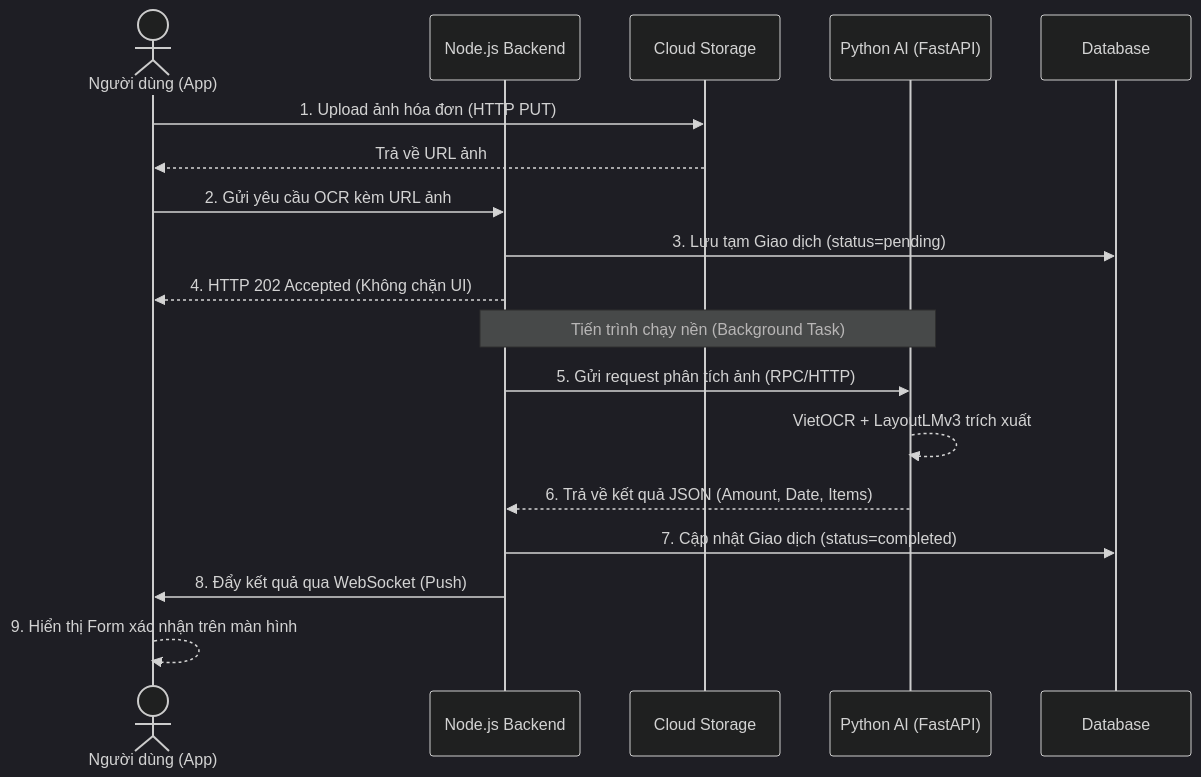
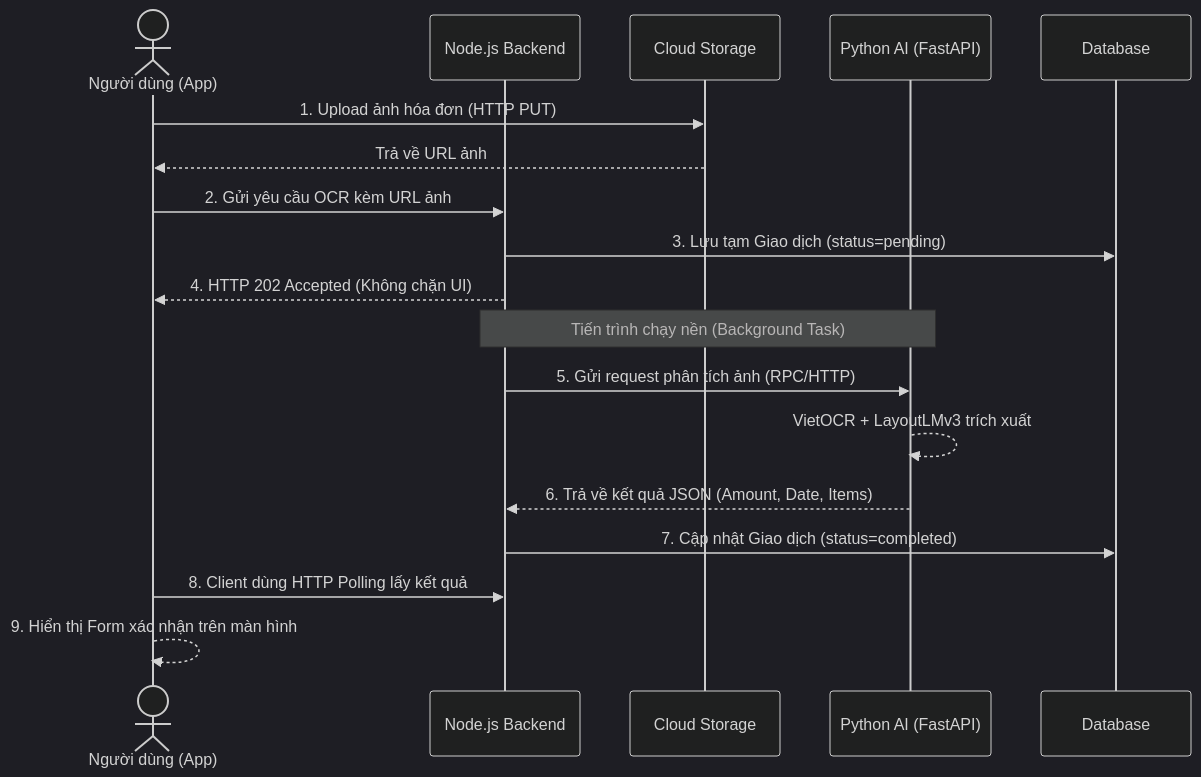
The third of 7 diagrams in Luan_van_Hoan_chinh.md (maikhang160504/spending-diary), drawn with Mermaid (dark theme) before and after one commit. The commit also changed other lines of this file and 1 other file, not shown here.

Commit message:
feat: implement splash screen and core app navigation architecture while updating thesis documentation and NLU performance benchmarks.

````diff
--- a/Luan_van_Hoan_chinh.md
+++ b/Luan_van_Hoan_chinh.md
@@ -270,23 +289,23 @@
 ```mermaid
 sequenceDiagram
     actor U as Người dùng (App)
     participant B as Node.js Backend
     participant R2 as Cloud Storage
     participant AI as Python AI (FastAPI)
     participant DB as Database
 
     U->>R2: 1. Upload ảnh hóa đơn (HTTP PUT)
     R2-->>U: Trả về URL ảnh
     U->>B: 2. Gửi yêu cầu OCR kèm URL ảnh
     B->>DB: 3. Lưu tạm Giao dịch (status=pending)
     B-->>U: 4. HTTP 202 Accepted (Không chặn UI)
     
     note over B,AI: Tiến trình chạy nền (Background Task)
     B->>AI: 5. Gửi request phân tích ảnh (RPC/HTTP)
     AI-->>AI: VietOCR + LayoutLMv3 trích xuất
     AI-->>B: 6. Trả về kết quả JSON (Amount, Date, Items)
     
     B->>DB: 7. Cập nhật Giao dịch (status=completed)
-    B->>U: 8. Đẩy kết quả qua WebSocket (Push)
+    U->>B: 8. Client dùng HTTP Polling lấy kết quả
     U-->>U: 9. Hiển thị Form xác nhận trên màn hình
 ```
````
